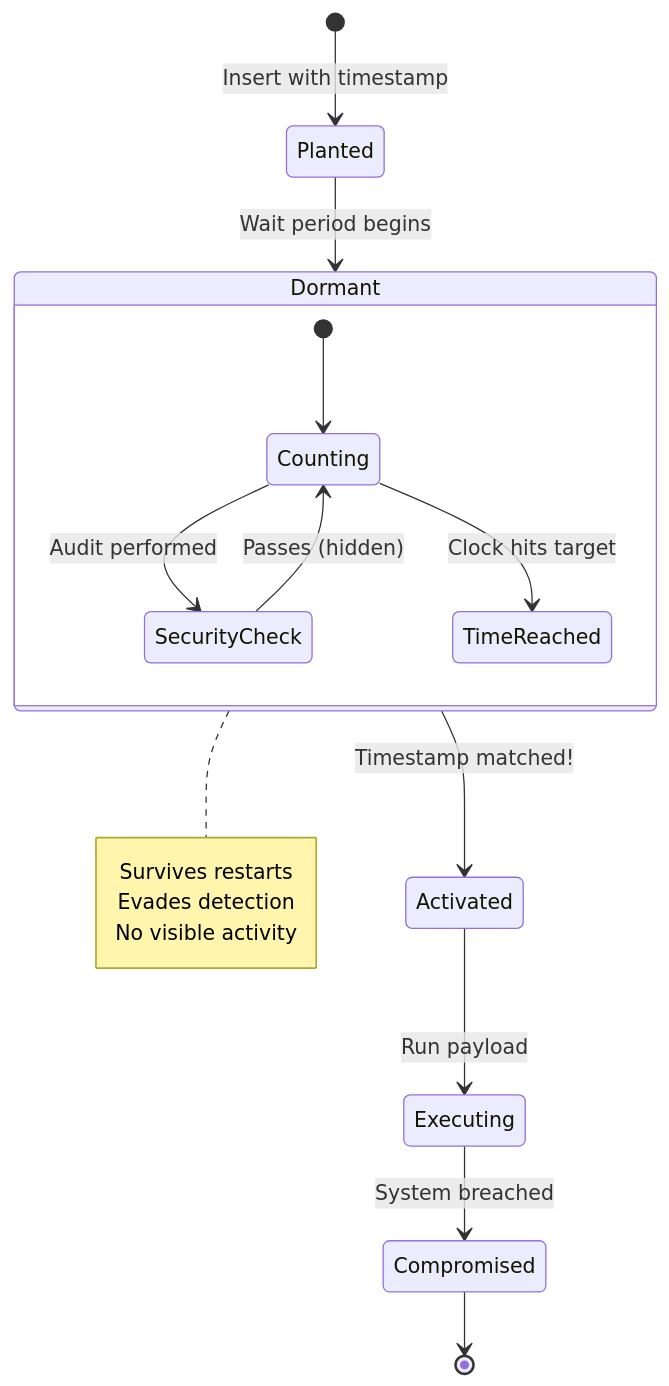
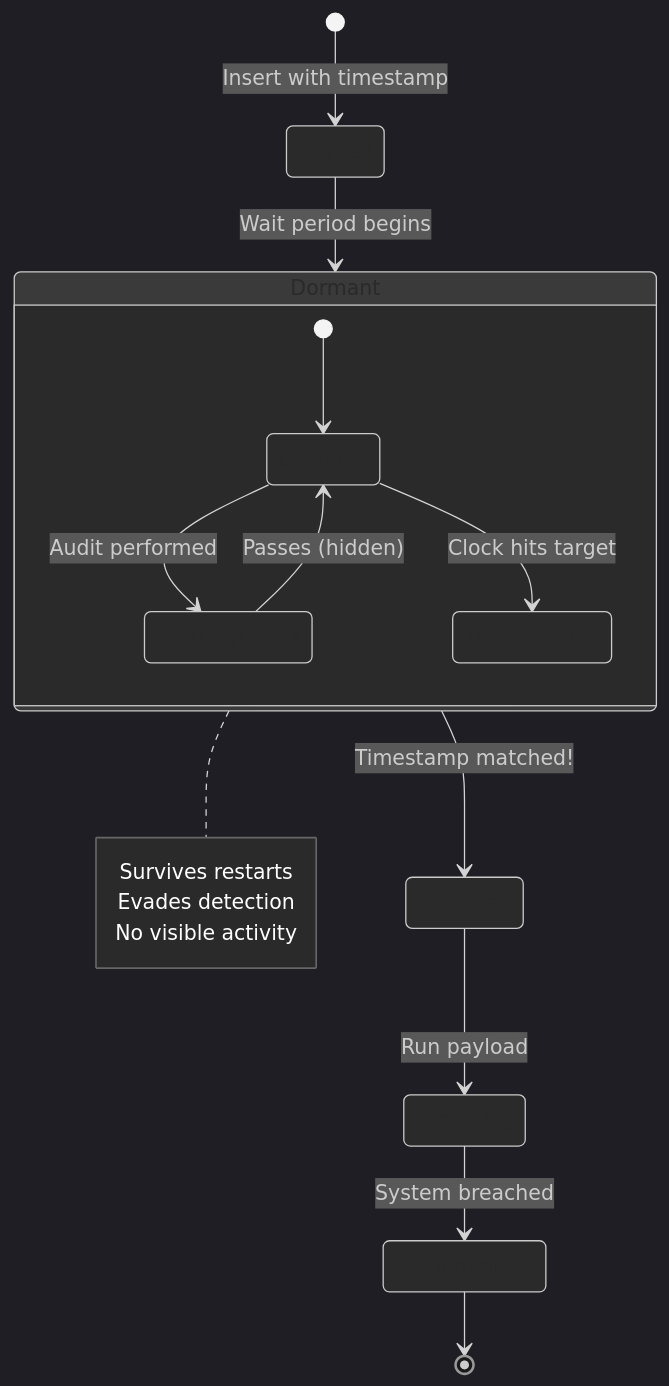
The eighth of 11 diagrams in agentic_lpci_framework/LPCI_ATTACK_EXPLAINED.md (mbhatt1/agentic_lpci_framework), drawn with Mermaid before and after one commit. The commit also changed other lines of this file, not shown here.

````diff
--- a/agentic_lpci_framework/LPCI_ATTACK_EXPLAINED.md
+++ b/agentic_lpci_framework/LPCI_ATTACK_EXPLAINED.md
@@ -350,23 +427,48 @@
 ```mermaid
+%%{init: {
+  'theme': 'dark',
+  'themeVariables': {
+    'primaryColor': '#1a1a1a',
+    'primaryTextColor': '#ffffff',
+    'primaryBorderColor': '#666666',
+    'lineColor': '#999999',
+    'background': '#000000',
+    'mainBkg': '#1a1a1a',
+    'secondBkg': '#2a2a2a',
+    'stateBkg': '#2a2a2a',
+    'stateBorder': '#666666',
+    'altBackground': '#3a3a3a',
+    'compositeBackground': '#2a2a2a',
+    'compositeBorder': '#666666',
+    'compositeTitleBackground': '#3a3a3a',
+    'labelBoxBkgColor': '#1a1a1a',
+    'labelBoxBorderColor': '#666666',
+    'labelTextColor': '#ffffff',
+    'loopTextColor': '#ffffff',
+    'noteTextColor': '#ffffff',
+    'noteBkgColor': '#2a2a2a',
+    'noteBorderColor': '#666666'
+  }
+}}%%
 stateDiagram-v2
     [*] --> Planted: Insert with timestamp
     Planted --> Dormant: Wait period begins
     
     state Dormant {
         [*] --> Counting
         Counting --> SecurityCheck: Audit performed
         SecurityCheck --> Counting: Passes (hidden)
         Counting --> TimeReached: Clock hits target
     }
     
     Dormant --> Activated: Timestamp matched!
     Activated --> Executing: Run payload
     Executing --> Compromised: System breached
     Compromised --> [*]
     
     note right of Dormant
         Survives restarts
         Evades detection
         No visible activity
     end note
 ```
````
